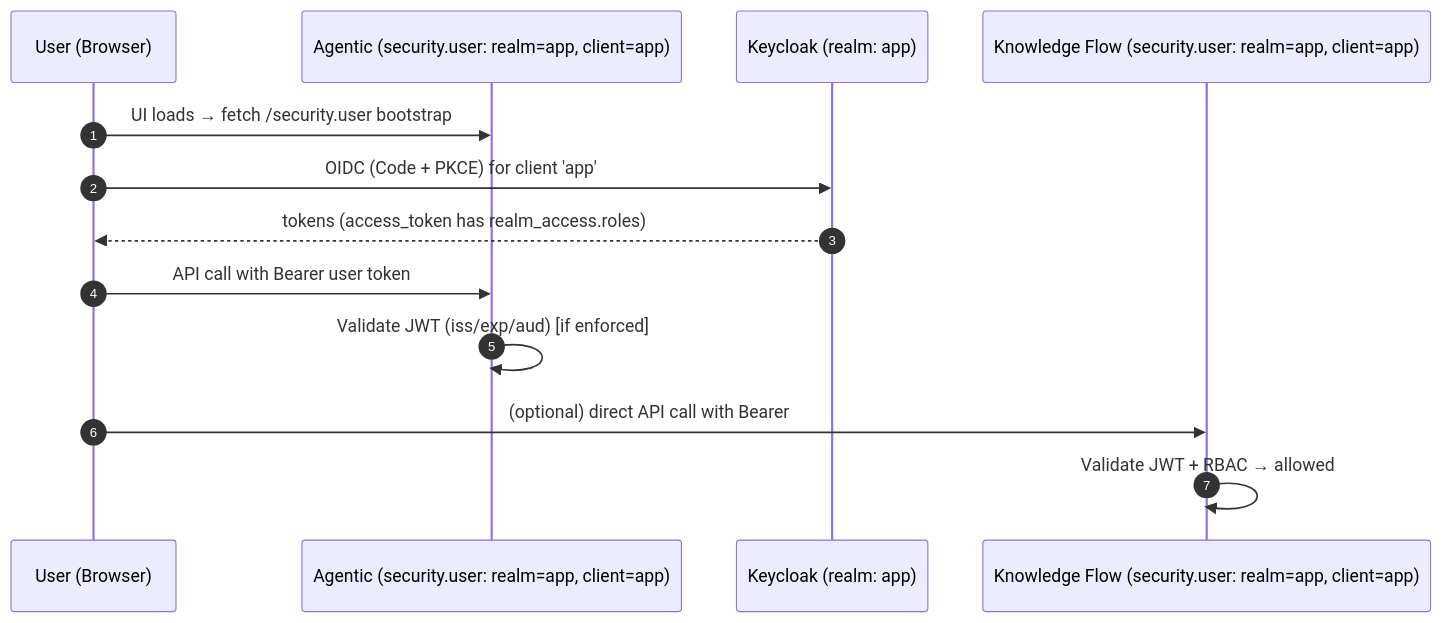
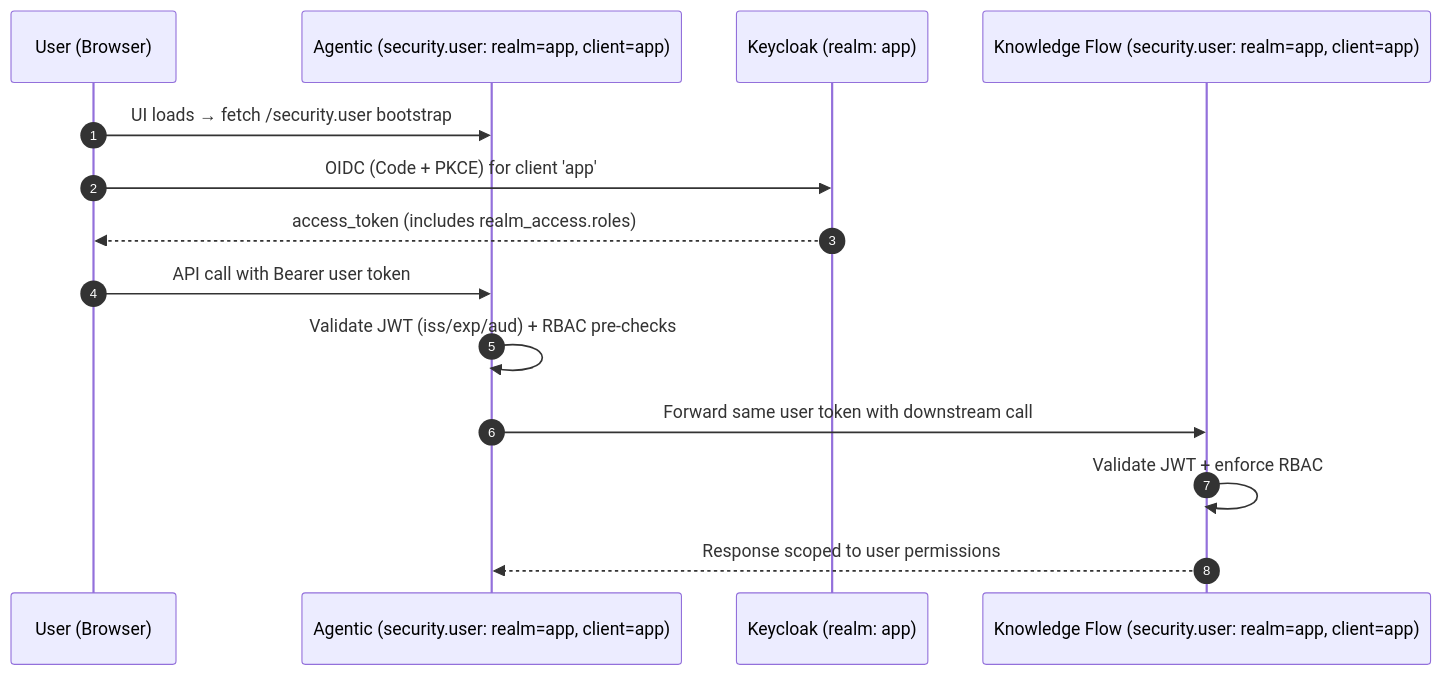
One commit to ThalesGroup/fred changed the first of 2 diagrams in docs/KEYCLOAK.md. Above: the diagram before and after it, drawn with Mermaid. The commit also changed other lines of this file and 86 other files, not shown here.

````diff
--- a/docs/KEYCLOAK.md
+++ b/docs/KEYCLOAK.md
@@ -235,16 +229,17 @@
 ```mermaid
 sequenceDiagram
     autonumber
     participant U as User (Browser)
     participant AG as Agentic (security.user: realm=app, client=app)
     participant KC as Keycloak (realm: app)
     participant KF as Knowledge Flow (security.user: realm=app, client=app)
 
     U->>AG: UI loads → fetch /security.user bootstrap
     U->>KC: OIDC (Code + PKCE) for client 'app'
-    KC-->>U: tokens (access_token has realm_access.roles)
+    KC-->>U: access_token (includes realm_access.roles)
     U->>AG: API call with Bearer user token
-    AG->>AG: Validate JWT (iss/exp/aud) [if enforced]
-    U->>KF: (optional) direct API call with Bearer
-    KF->>KF: Validate JWT + RBAC → allowed
+    AG->>AG: Validate JWT (iss/exp/aud) + RBAC pre-checks
+    AG->>KF: Forward same user token with downstream call
+    KF->>KF: Validate JWT + enforce RBAC
+    KF-->>AG: Response scoped to user permissions
 ```
````
